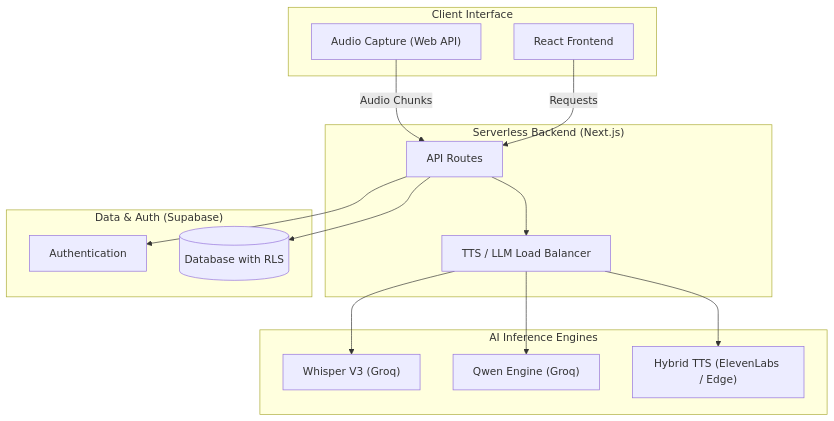
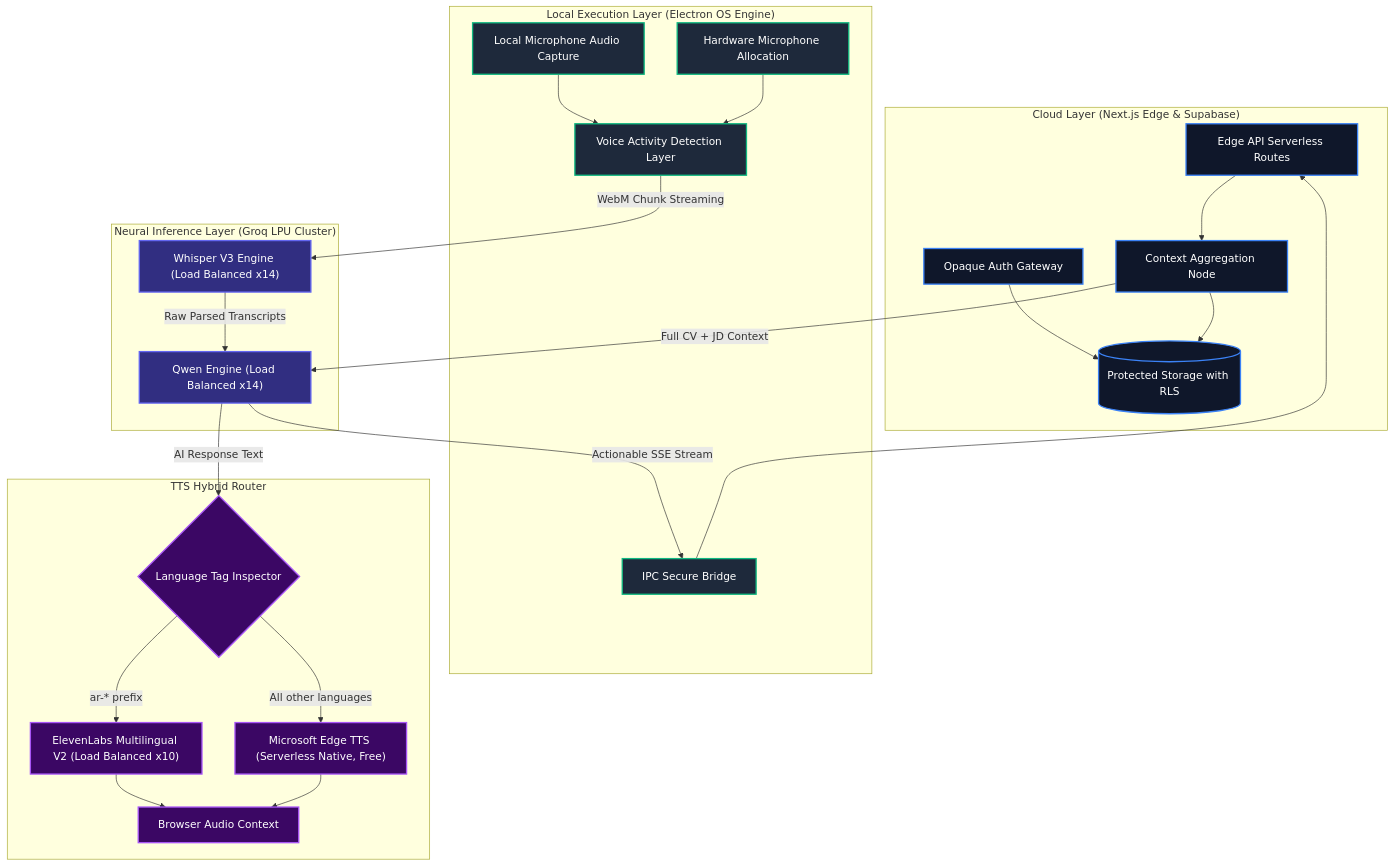
The first of 8 diagrams in README.md (ziademad02153/ZEDX-AI-Assistant), drawn with Mermaid before and after one commit. The commit also changed other lines of this file, not shown here.

Commit message:
docs: Restore detailed flowcharts with refined technical stack

````diff
--- a/README.md
+++ b/README.md
@@ -35,32 +29,39 @@
 ```mermaid
 graph TD
-    subgraph Client ["Client Interface"]
-        UI["React Frontend"] 
-        MIC["Audio Capture (Web API)"] 
+    subgraph CloudLayer ["Cloud Layer (Next.js Edge & Supabase)"]
+        AUTH["Opaque Auth Gateway"] --> DB[("Protected Storage with RLS")]
+        API["Edge API Serverless Routes"] --> CONTEXT_SERVER["Context Aggregation Node"]
+        CONTEXT_SERVER --> DB
     end
 
-    subgraph Backend ["Serverless Backend (Next.js)"]
-        API["API Routes"] 
-        ROUTER["TTS / LLM Load Balancer"]
+    subgraph LocalExecutionLayer ["Local Execution Layer (Electron OS Engine)"]
+        SYS["Local Microphone Audio Capture"] --> VAD["Voice Activity Detection Layer"]
+        MIC["Hardware Microphone Allocation"] --> VAD
+        IPC["IPC Secure Bridge"] --> API
     end
 
-    subgraph CloudLayer ["Data & Auth (Supabase)"]
-        AUTH["Authentication"] 
-        DB[("Database with RLS")]
+    subgraph NeuralInferenceLayer ["Neural Inference Layer (Groq LPU Cluster)"]
+        VAD -- "WebM Chunk Streaming" --> WHISPER["Whisper V3 Engine (Load Balanced x14)"]
+        WHISPER -- "Raw Parsed Transcripts" --> LLM["Qwen Engine (Load Balanced x14)"]
+        CONTEXT_SERVER -- "Full CV + JD Context" --> LLM
+        LLM -- "Actionable SSE Stream" --> IPC
     end
 
-    subgraph AI_Engines ["AI Inference Engines"]
-        STT["Whisper V3 (Groq)"]
-        LLM["Qwen Engine (Groq)"]
-        TTS["Hybrid TTS (ElevenLabs / Edge)"]
+    subgraph TTSHybridLayer ["TTS Hybrid Router"]
+        LLM -- "AI Response Text" --> LANG_DETECT{"Language Tag Inspector"}
+        LANG_DETECT -- "ar-* prefix" --> ELEVEN["ElevenLabs Multilingual V2 (Load Balanced x10)"]
+        LANG_DETECT -- "All other languages" --> EDGE["Microsoft Edge TTS (Serverless Native, Free)"]
+        ELEVEN --> AUDIO_OUT["Browser Audio Context"]
+        EDGE --> AUDIO_OUT
     end
 
-    MIC -->|Audio Chunks| API
-    UI -->|Requests| API
-    API --> ROUTER
-    ROUTER --> STT
-    ROUTER --> LLM
-    ROUTER --> TTS
-    API --> AUTH
-    API --> DB
+    classDef cloud fill:#0f172a,stroke:#3b82f6,stroke-width:2px,color:#fff;
+    classDef local fill:#1e293b,stroke:#10b981,stroke-width:2px,color:#fff;
+    classDef neural fill:#312e81,stroke:#6366f1,stroke-width:2px,color:#fff;
+    classDef tts fill:#3b0764,stroke:#a855f7,stroke-width:2px,color:#fff;
+
+    class AUTH,DB,API,CONTEXT_SERVER cloud;
+    class SYS,MIC,VAD,IPC local;
+    class WHISPER,LLM neural;
+    class LANG_DETECT,ELEVEN,EDGE,AUDIO_OUT tts;
 ```
````
